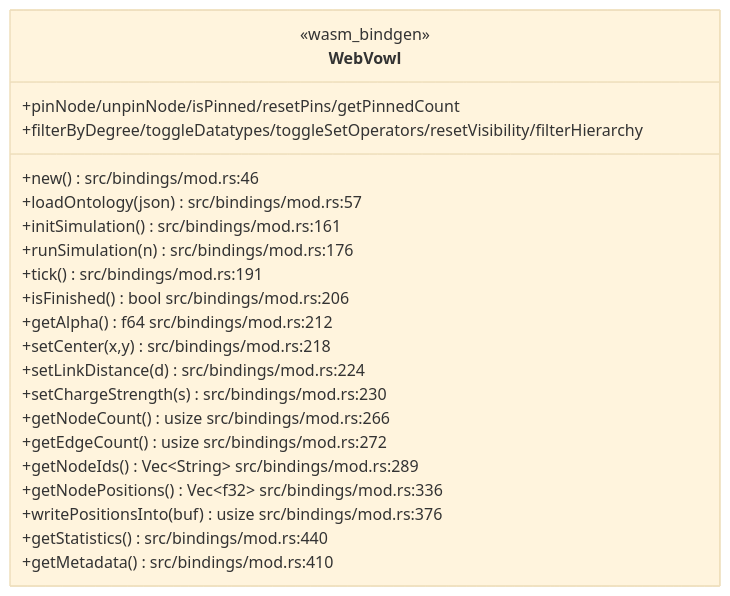
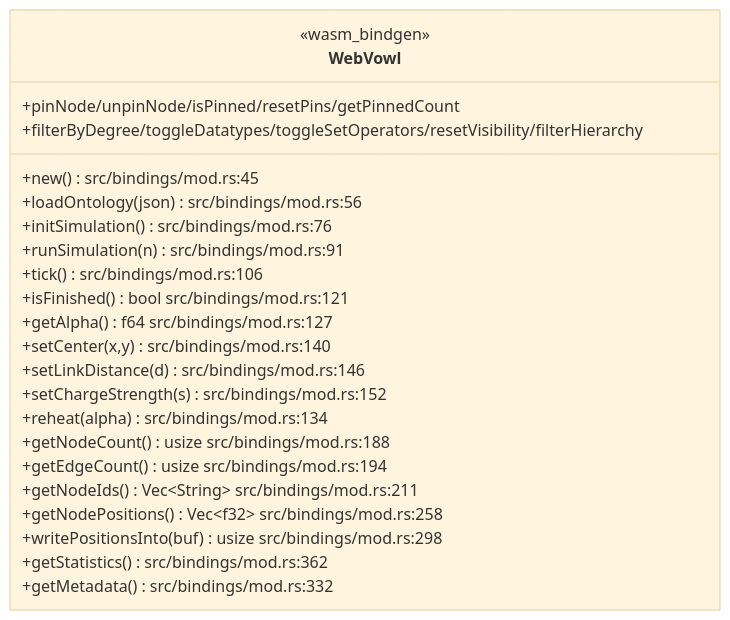
Before and after one commit to DreamLab-AI/VisionFlow: the first of 7 diagrams in docs/diagrams/vowl-wasm/04-js-api-examples-and-consumers.md, drawn with Mermaid (base theme). The commit also changed other lines of this file and 160 other files, not shown here.

````diff
--- a/docs/diagrams/vowl-wasm/04-js-api-examples-and-consumers.md
+++ b/docs/diagrams/vowl-wasm/04-js-api-examples-and-consumers.md
@@ -18,25 +23,26 @@
 ```mermaid
 classDiagram
     class WebVowl {
         <<wasm_bindgen>>
-        +new() src/bindings/mod.rs:46
-        +loadOntology(json) src/bindings/mod.rs:57
-        +initSimulation() src/bindings/mod.rs:161
-        +runSimulation(n) src/bindings/mod.rs:176
-        +tick() src/bindings/mod.rs:191
-        +isFinished() bool src/bindings/mod.rs:206
-        +getAlpha() f64 src/bindings/mod.rs:212
-        +setCenter(x,y) src/bindings/mod.rs:218
-        +setLinkDistance(d) src/bindings/mod.rs:224
-        +setChargeStrength(s) src/bindings/mod.rs:230
-        +getNodeCount() usize src/bindings/mod.rs:266
-        +getEdgeCount() usize src/bindings/mod.rs:272
-        +getNodeIds() Vec~String~ src/bindings/mod.rs:289
-        +getNodePositions() Vec~f32~ src/bindings/mod.rs:336
-        +writePositionsInto(buf) usize src/bindings/mod.rs:376
-        +getStatistics() src/bindings/mod.rs:440
-        +getMetadata() src/bindings/mod.rs:410
+        +new() src/bindings/mod.rs:45
+        +loadOntology(json) src/bindings/mod.rs:56
+        +initSimulation() src/bindings/mod.rs:76
+        +runSimulation(n) src/bindings/mod.rs:91
+        +tick() src/bindings/mod.rs:106
+        +isFinished() bool src/bindings/mod.rs:121
+        +getAlpha() f64 src/bindings/mod.rs:127
+        +setCenter(x,y) src/bindings/mod.rs:140
+        +setLinkDistance(d) src/bindings/mod.rs:146
+        +setChargeStrength(s) src/bindings/mod.rs:152
+        +reheat(alpha) src/bindings/mod.rs:134
+        +getNodeCount() usize src/bindings/mod.rs:188
+        +getEdgeCount() usize src/bindings/mod.rs:194
+        +getNodeIds() Vec~String~ src/bindings/mod.rs:211
+        +getNodePositions() Vec~f32~ src/bindings/mod.rs:258
+        +writePositionsInto(buf) usize src/bindings/mod.rs:298
+        +getStatistics() src/bindings/mod.rs:362
+        +getMetadata() src/bindings/mod.rs:332
         +pinNode/unpinNode/isPinned/resetPins/getPinnedCount
         +filterByDegree/toggleDatatypes/toggleSetOperators/resetVisibility/filterHierarchy
     }
 ```
````
